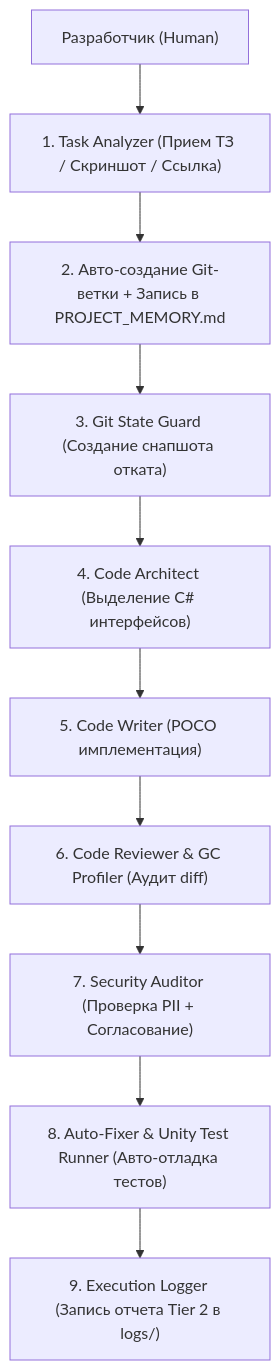
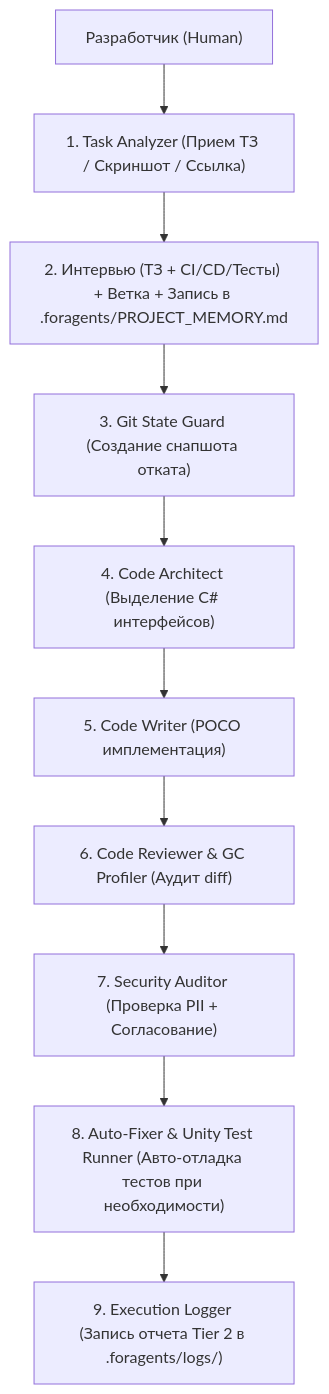
One commit to ReenBo/unity6-ai-workflow changed the diagram in DOCUMENTATION_RU.md. Above: the diagram before and after it, drawn with Mermaid. The commit also changed other lines of this file and 16 other files, not shown here.

Commit message:
feat(workflow): separate project data to .foragents and add Developer Interview for CI/CD

````diff
--- a/DOCUMENTATION_RU.md
+++ b/DOCUMENTATION_RU.md
@@ -36,12 +36,12 @@
 ```mermaid
 graph TD
     User["Разработчик (Human)"] --> TaskAnalyzer["1. Task Analyzer (Прием ТЗ / Скриншот / Ссылка)"]
-    TaskAnalyzer --> Branch["2. Авто-создание Git-ветки + Запись в PROJECT_MEMORY.md"]
+    TaskAnalyzer --> Branch["2. Интервью (ТЗ + CI/CD/Тесты) + Ветка + Запись в .foragents/PROJECT_MEMORY.md"]
     Branch --> StateGuard["3. Git State Guard (Создание снапшота отката)"]
     StateGuard --> Architect["4. Code Architect (Выделение C# интерфейсов)"]
     Architect --> Writer["5. Code Writer (POCO имплементация)"]
     Writer --> Reviewer["6. Code Reviewer & GC Profiler (Аудит diff)"]
     Reviewer --> Security["7. Security Auditor (Проверка PII + Согласование)"]
-    Security --> Fixer["8. Auto-Fixer & Unity Test Runner (Авто-отладка тестов)"]
-    Fixer --> Logs["9. Execution Logger (Запись отчета Tier 2 в logs/)"]
+    Security --> Fixer["8. Auto-Fixer & Unity Test Runner (Авто-отладка тестов при необходимости)"]
+    Fixer --> Logs["9. Execution Logger (Запись отчета Tier 2 в .foragents/logs/)"]
 ```
````
